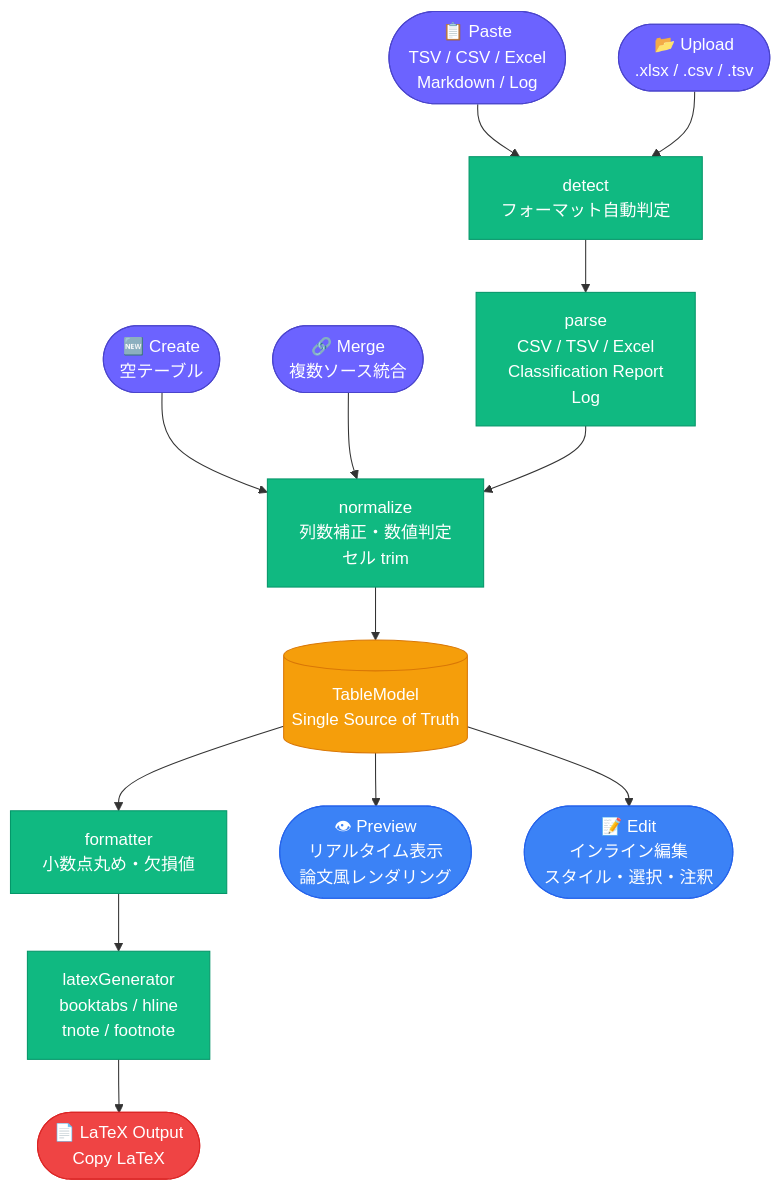
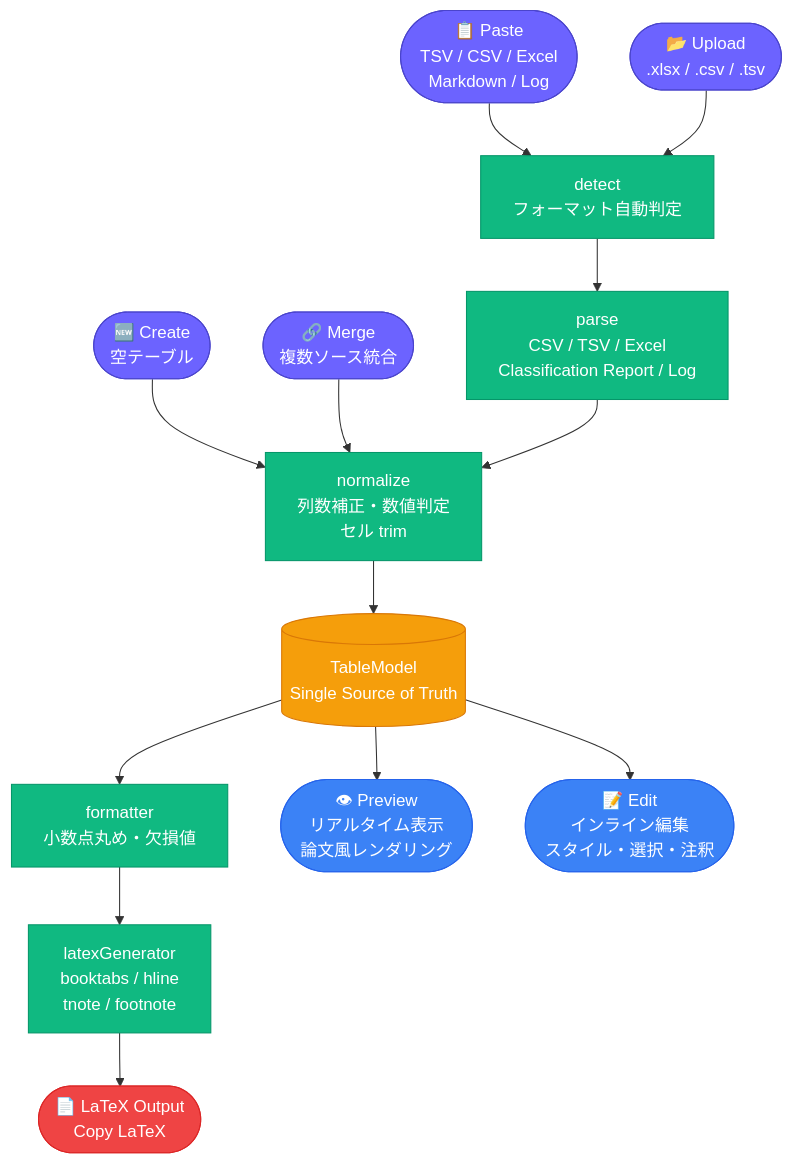
The first of 4 diagrams in README.md (Axe0320/latex-table-composer), drawn with Mermaid before and after one commit. The commit also changed other lines of this file, not shown here.

````diff
--- a/README.md
+++ b/README.md
@@ -71,39 +96,39 @@
 ```mermaid
 flowchart TD
     classDef input fill:#6C63FF,color:#fff,stroke:#4a44cc
     classDef process fill:#10B981,color:#fff,stroke:#059669
     classDef model fill:#F59E0B,color:#fff,stroke:#D97706
     classDef output fill:#EF4444,color:#fff,stroke:#DC2626
     classDef ui fill:#3B82F6,color:#fff,stroke:#2563EB
 
     A([📋 Paste\nTSV / CSV / Excel\nMarkdown / Log]):::input
     B([📂 Upload\n.xlsx / .csv / .tsv]):::input
     C([🆕 Create\n空テーブル]):::input
     D([🔗 Merge\n複数ソース統合]):::input
 
     E[detect\nフォーマット自動判定]:::process
-    F[parse\nCSV / TSV / Excel\nClassification Report\nLog]:::process
+    F[parse\nCSV / TSV / Excel\nClassification Report / Log]:::process
     G[normalize\n列数補正・数値判定\nセル trim]:::process
 
     H[(TableModel\nSingle Source of Truth)]:::model
 
     I[formatter\n小数点丸め・欠損値]:::process
     J[latexGenerator\nbooktabs / hline\ntnote / footnote]:::process
 
     K([👁 Preview\nリアルタイム表示\n論文風レンダリング]):::ui
     L([📝 Edit\nインライン編集\nスタイル・選択・注釈]):::ui
     M([📄 LaTeX Output\nCopy LaTeX]):::output
 
     A --> E
     B --> E
     C --> G
     D --> G
     E --> F
     F --> G
     G --> H
     H --> I
     I --> J
     H --> K
     H --> L
     J --> M
 ```
````
